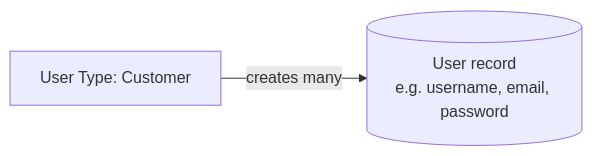
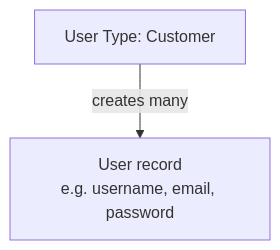
The diagram in docs/versioned_docs/version-v1.0.x/use-cases/b2c/build-users.mdx (thiva-k/thunder), drawn with Mermaid before and after one commit. The commit also changed 17 other files, not shown here.

````diff
--- a/docs/versioned_docs/version-v1.0.x/use-cases/b2c/build-users.mdx
+++ b/docs/versioned_docs/version-v1.0.x/use-cases/b2c/build-users.mdx
@@ -67,4 +67,4 @@
 ```mermaid
-flowchart LR
-  type["User Type: Customer"] -->|creates many| user[("User record<br/>e.g. username, email, password")]
+flowchart TD
+  type["User Type: Customer"] -->|creates many| user["User record<br/>e.g. username, email, password"]
 ```
````
